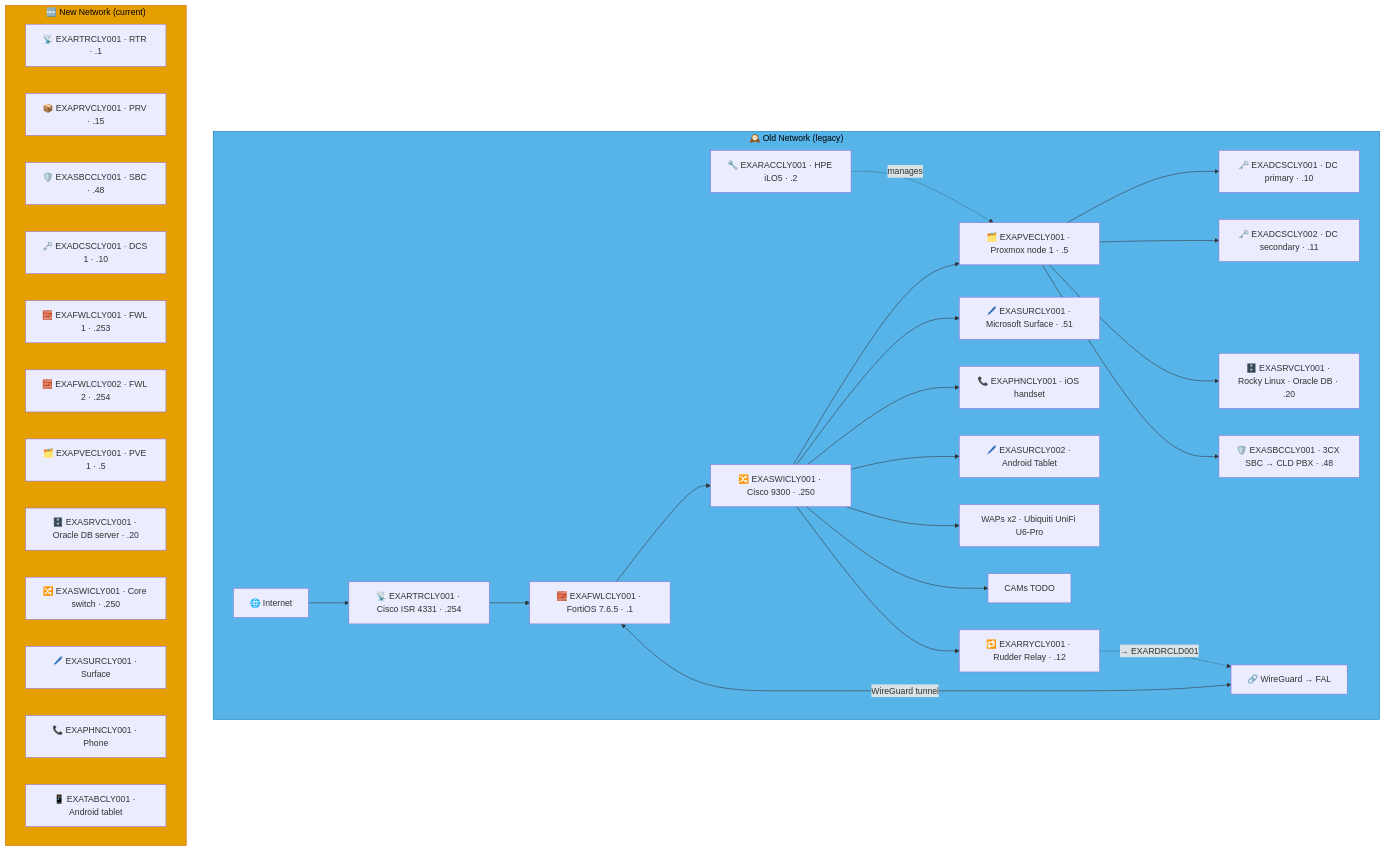
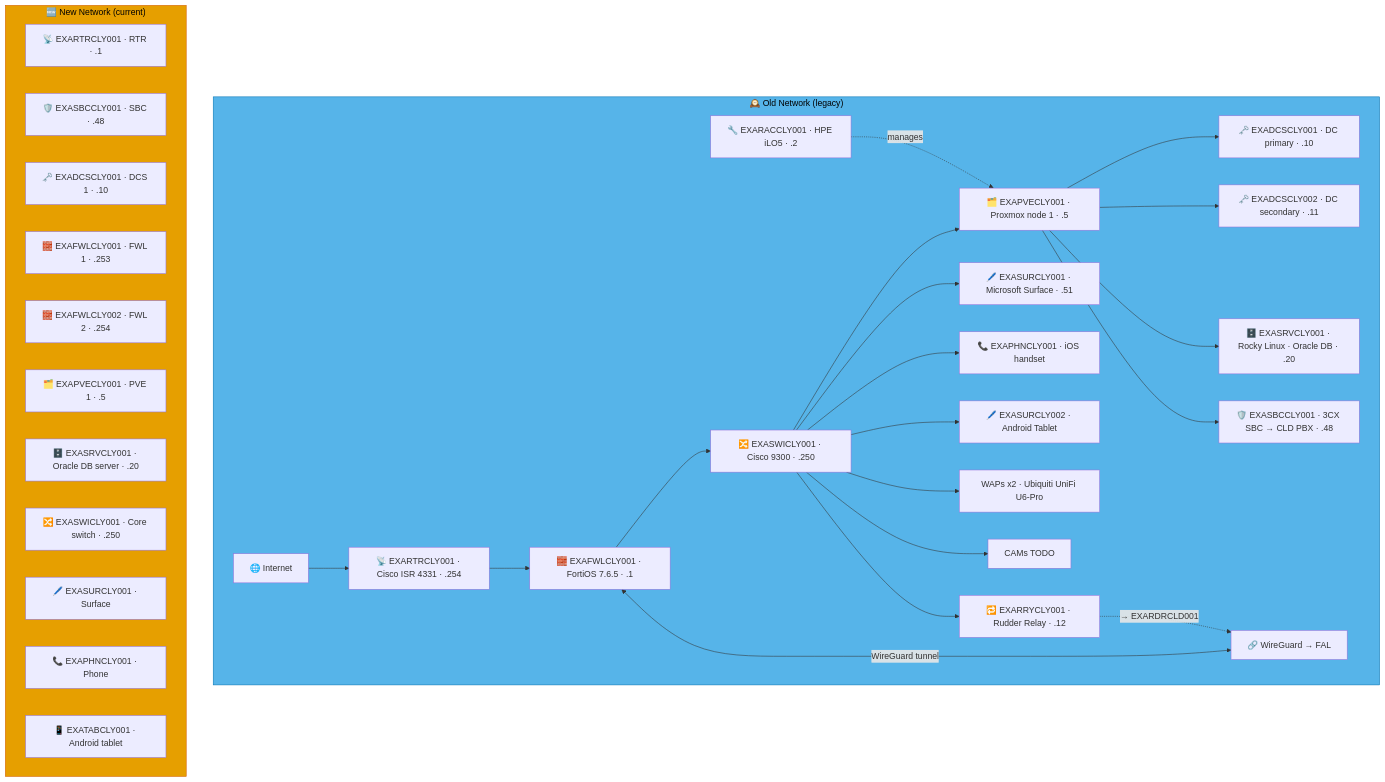
The fourth of 7 diagrams in docs/network-diagram/scotland.md (knightmare2600/example_music_infra), drawn with Mermaid before and after one commit. The commit also changed other lines of this file and 55 other files, not shown here.

````diff
--- a/docs/network-diagram/scotland.md
+++ b/docs/network-diagram/scotland.md
@@ -292,49 +288,48 @@
 ```mermaid
 graph TD
     subgraph OLD_CLY ["🕰️ Old Network (legacy)"]
       INET["🌐 Internet"]
       FWL["🧱 EXAFWLCLY001 · FortiOS 7.6.5 · .1"]
       RTR["📡 EXARTRCLY001 · Cisco ISR 4331 · .254"]
       SW["🔀 EXASWICLY001 · Cisco 9300 · .250"]
       RAC["🔧 EXARACCLY001 · HPE iLO5 · .2"]
       PVE["🗂️ EXAPVECLY001 · Proxmox node 1 · .5"]
       DC1["🗝️ EXADCSCLY001 · DC primary · .10"]
       DC2["🗝️ EXADCSCLY002 · DC secondary · .11"]
       SRV["🗄️ EXASRVCLY001 · Rocky Linux · Oracle DB · .20"]
       SBC["🛡️ EXASBCCLY001 · 3CX SBC → CLD PBX · .48"]
       RRY["🔁 EXARRYCLY001 · Rudder Relay · .12"]
       SUR["🖊️ EXASURCLY001 · Microsoft Surface · .51"]
       PHN["📞 EXAPHNCLY001 · iOS handset"]
       TAB["🖊️ EXASURCLY002 · Android Tablet"]
       WAP["WAPs x2 · Ubiquiti UniFi U6-Pro"]
       CAM["CAMs TODO"]
       VPN["🔗 WireGuard → FAL"]
 
       INET --> RTR --> FWL --> SW
       SW --> PVE --> DC1 & DC2 & SRV & SBC
       RAC -.->|"manages"| PVE
       SW --> SUR & PHN & TAB & WAP & CAM
       FWL <-->|"WireGuard tunnel"| VPN
 
       SW --> RRY
       RRY -. "→ EXARDRCLD001" .-> VPN
     end
     style OLD_CLY fill:#56B4E9,stroke:#0072B2,color:#000000
     %% GENERATED:NEW-NETWORK:CLY:START
     subgraph NEW_CLY ["🆕 New Network (current)"]
       N_RTR["📡 EXARTRCLY001 · RTR · .1"]
-      N_PRV["📦 EXAPRVCLY001 · PRV · .15"]
       N_SBC["🛡️ EXASBCCLY001 · SBC · .48"]
       N_DCS["🗝️ EXADCSCLY001 · DCS 1 · .10"]
       N_FWL["🧱 EXAFWLCLY001 · FWL 1 · .253"]
       N_FWL2["🧱 EXAFWLCLY002 · FWL 2 · .254"]
       N_PVE["🗂️ EXAPVECLY001 · PVE 1 · .5"]
       N_SRV["🗄️ EXASRVCLY001 · Oracle DB server · .20"]
       N_SWI["🔀 EXASWICLY001 · Core switch · .250"]
       N_SUR["🖊️ EXASURCLY001 · Surface"]
       N_PHN["📞 EXAPHNCLY001 · Phone"]
       N_TAB["📱 EXATABCLY001 · Android tablet"]
     end
     style NEW_CLY fill:#E69F00,stroke:#D55E00,color:#000000
     %% GENERATED:NEW-NETWORK:CLY:END
 ```
````
